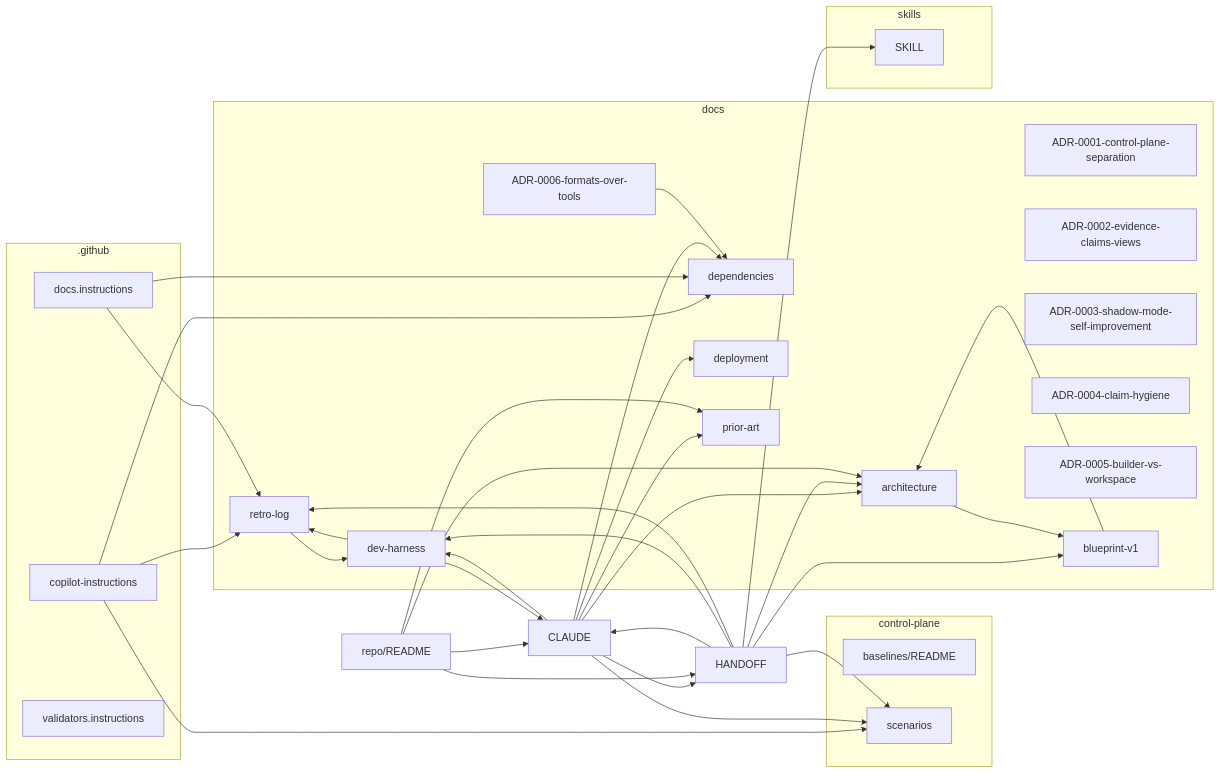
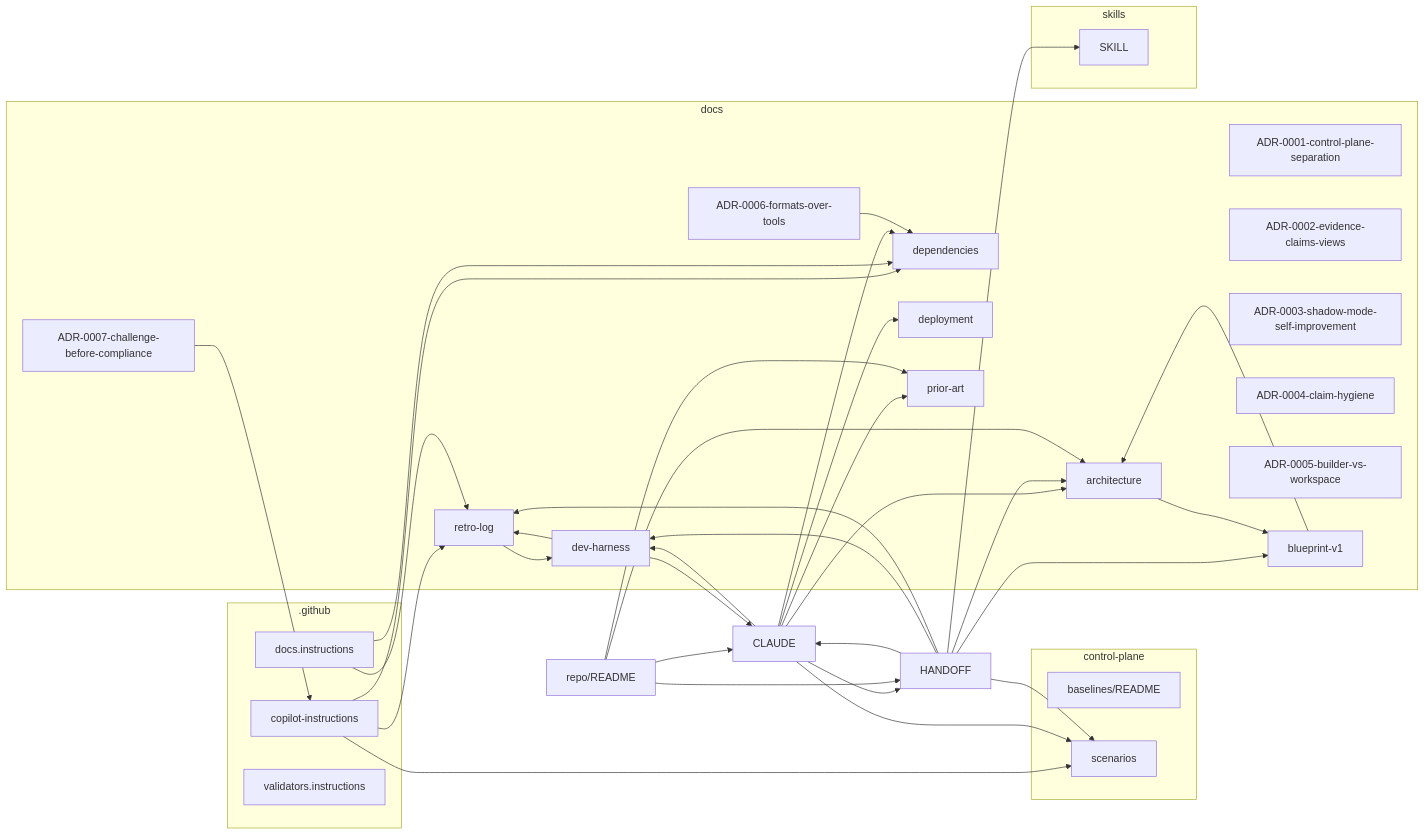
Before and after one commit to boulaajaj/ai-mise: the diagram in docs/mindmap.md, drawn with Mermaid. The commit also changed other lines of this file and 1 other file, not shown here.

Commit message:
Regenerate mindmap after merge

````diff
--- a/docs/mindmap.md
+++ b/docs/mindmap.md
@@ -7,62 +7,64 @@
 ```mermaid
 graph LR
   subgraph _github_g[.github]
     _github_copilot_instructions_md["copilot-instructions"]
     _github_instructions_docs_instructions_md["docs.instructions"]
     _github_instructions_validators_instructions_md["validators.instructions"]
   end
   subgraph control_plane_g[control-plane]
     control_plane_evaluation_baselines_README_md["baselines/README"]
     control_plane_threat_tests_scenarios_md["scenarios"]
   end
   subgraph docs_g[docs]
     docs_architecture_md["architecture"]
     docs_decisions_ADR_0001_control_plane_separation_md["ADR-0001-control-plane-separation"]
     docs_decisions_ADR_0002_evidence_claims_views_md["ADR-0002-evidence-claims-views"]
     docs_decisions_ADR_0003_shadow_mode_self_improvement_md["ADR-0003-shadow-mode-self-improvement"]
     docs_decisions_ADR_0004_claim_hygiene_md["ADR-0004-claim-hygiene"]
     docs_decisions_ADR_0005_builder_vs_workspace_md["ADR-0005-builder-vs-workspace"]
     docs_decisions_ADR_0006_formats_over_tools_md["ADR-0006-formats-over-tools"]
+    docs_decisions_ADR_0007_challenge_before_compliance_md["ADR-0007-challenge-before-compliance"]
     docs_dependencies_md["dependencies"]
     docs_deployment_md["deployment"]
     docs_history_blueprint_v1_md["blueprint-v1"]
     docs_meta_dev_harness_md["dev-harness"]
     docs_meta_retro_log_md["retro-log"]
     docs_prior_art_md["prior-art"]
   end
   CLAUDE_md["CLAUDE"]
   HANDOFF_md["HANDOFF"]
   README_md["repo/README"]
   subgraph skills_g[skills]
     skills_inspector_SKILL_md["SKILL"]
   end
   _github_copilot_instructions_md --> control_plane_threat_tests_scenarios_md
   _github_copilot_instructions_md --> docs_dependencies_md
   _github_copilot_instructions_md --> docs_meta_retro_log_md
   _github_instructions_docs_instructions_md --> docs_dependencies_md
   _github_instructions_docs_instructions_md --> docs_meta_retro_log_md
   CLAUDE_md --> HANDOFF_md
   CLAUDE_md --> control_plane_threat_tests_scenarios_md
   CLAUDE_md --> docs_architecture_md
   CLAUDE_md --> docs_dependencies_md
   CLAUDE_md --> docs_deployment_md
   CLAUDE_md --> docs_meta_dev_harness_md
   CLAUDE_md --> docs_prior_art_md
   HANDOFF_md --> CLAUDE_md
   HANDOFF_md --> control_plane_threat_tests_scenarios_md
   HANDOFF_md --> docs_architecture_md
   HANDOFF_md --> docs_history_blueprint_v1_md
   HANDOFF_md --> docs_meta_dev_harness_md
   HANDOFF_md --> docs_meta_retro_log_md
   HANDOFF_md --> skills_inspector_SKILL_md
   README_md --> CLAUDE_md
   README_md --> HANDOFF_md
   README_md --> docs_architecture_md
   README_md --> docs_prior_art_md
   docs_architecture_md --> docs_history_blueprint_v1_md
   docs_decisions_ADR_0006_formats_over_tools_md --> docs_dependencies_md
+  docs_decisions_ADR_0007_challenge_before_compliance_md --> _github_copilot_instructions_md
   docs_history_blueprint_v1_md --> docs_architecture_md
   docs_meta_dev_harness_md --> CLAUDE_md
   docs_meta_dev_harness_md --> docs_meta_retro_log_md
   docs_meta_retro_log_md --> docs_meta_dev_harness_md
 ```
````
